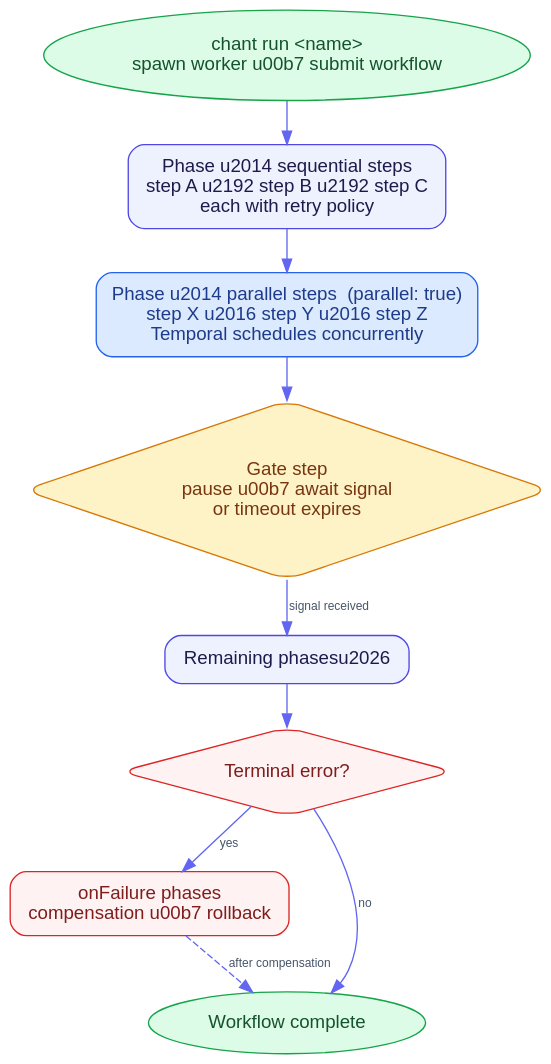
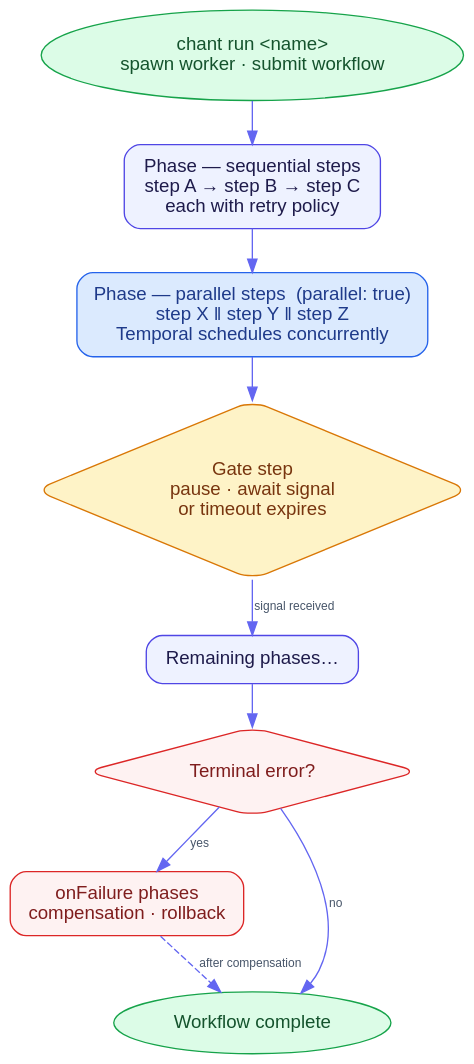
Before and after one commit to INTENTIUS/chant: the diagram in docs/diagrams/ops-execution-model.dot, drawn with Graphviz. The commit also changed 17 other files, not shown here.

```diff
--- a/docs/diagrams/ops-execution-model.dot
+++ b/docs/diagrams/ops-execution-model.dot
@@ -1,39 +1,39 @@
 digraph ops_execution {
   rankdir=TB
   graph [fontname="Helvetica,Arial,sans-serif" bgcolor="transparent" pad="0.5" ranksep="0.45" nodesep="0.7"]
   node  [fontname="Helvetica,Arial,sans-serif" shape=box style="filled,rounded" margin="0.22,0.12"]
   edge  [fontname="Helvetica,Arial,sans-serif" fontsize=9 fontcolor="#475569" color="#6366F1"]
 
-  start [label="chant run <name>\nspawn worker \u00b7 submit workflow"
+  start [label="chant run <name>\nspawn worker · submit workflow"
          shape=oval fillcolor="#DCFCE7" color="#16A34A" fontcolor="#14532D"]
 
-  p1 [label="Phase \u2014 sequential steps\nstep A \u2192 step B \u2192 step C\neach with retry policy"
+  p1 [label="Phase — sequential steps\nstep A → step B → step C\neach with retry policy"
       fillcolor="#EEF2FF" color="#4F46E5" fontcolor="#1E1B4B"]
 
-  p_par [label="Phase \u2014 parallel steps  (parallel: true)\nstep X \u2016 step Y \u2016 step Z\nTemporal schedules concurrently"
+  p_par [label="Phase — parallel steps  (parallel: true)\nstep X ‖ step Y ‖ step Z\nTemporal schedules concurrently"
          fillcolor="#DBEAFE" color="#2563EB" fontcolor="#1E3A8A"]
 
-  gate [label="Gate step\npause \u00b7 await signal\nor timeout expires"
+  gate [label="Gate step\npause · await signal\nor timeout expires"
         shape=diamond fillcolor="#FEF3C7" color="#D97706" fontcolor="#78350F" margin="0.3,0.15"]
 
-  p2 [label="Remaining phases\u2026"
+  p2 [label="Remaining phases…"
       fillcolor="#EEF2FF" color="#4F46E5" fontcolor="#1E1B4B"]
 
   err [label="Terminal error?"
        shape=diamond fillcolor="#FEF2F2" color="#DC2626" fontcolor="#7F1D1D"]
 
-  fail [label="onFailure phases\ncompensation \u00b7 rollback"
+  fail [label="onFailure phases\ncompensation · rollback"
         fillcolor="#FEF2F2" color="#DC2626" fontcolor="#7F1D1D"]
 
   done [label="Workflow complete"
         shape=oval fillcolor="#DCFCE7" color="#16A34A" fontcolor="#14532D"]
 
   start  -> p1
   p1     -> p_par
   p_par  -> gate
   gate   -> p2   [label="signal received"]
   p2     -> err
   err    -> fail [label="yes"]
   err    -> done [label="no"]
   fail   -> done [style=dashed label="after compensation"]
 }
```
